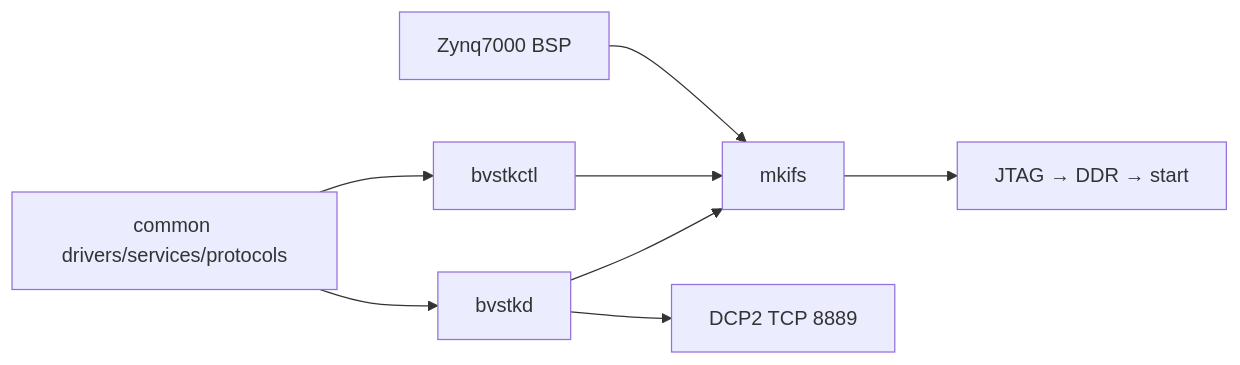
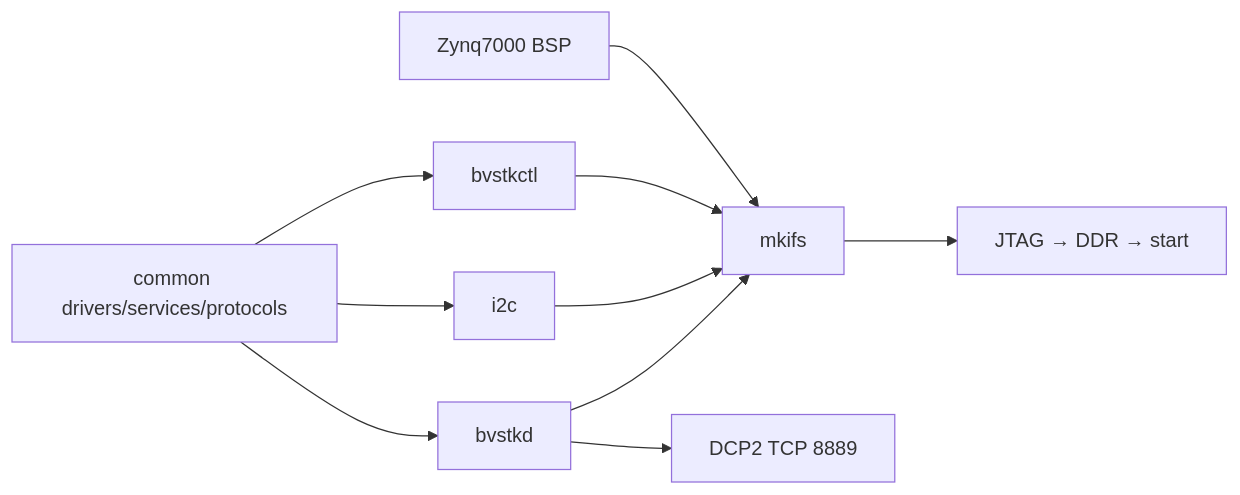
The fourth of 6 diagrams in docs/dev/architecture.md (igtrefilov/bvstk), drawn with Mermaid before and after one commit. The commit also changed other lines of this file and 46 other files, not shown here.

````diff
--- a/docs/dev/architecture.md
+++ b/docs/dev/architecture.md
@@ -107,10 +108,12 @@
 ```mermaid
 flowchart LR
     BSP["Zynq7000 BSP"] --> IFS["mkifs"]
     COMMON["common drivers/services/protocols"] --> CTL["bvstkctl"]
+    COMMON --> CLI["i2c"]
     COMMON --> DAEMON["bvstkd"]
     CTL --> IFS
+    CLI --> IFS
     DAEMON --> IFS
     IFS --> JTAG["JTAG → DDR → start"]
     DAEMON --> DCP2["DCP2 TCP 8889"]
 ```
````
